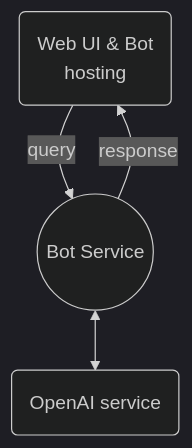
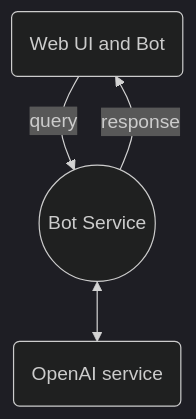
The diagram in docs/index.md (michalmar/openai-demos-bot-webapp), drawn with Mermaid (dark theme) before and after one commit. The commit also changed other lines of this file, not shown here.

````diff
--- a/docs/index.md
+++ b/docs/index.md
@@ -27,7 +29,7 @@
 ```mermaid
 graph TD;
-   webapp(Web UI & Bot\n hosting) -- query --> bot;
+   webapp(Web UI and Bot) -- query --> bot;
    bot((Bot Service)) -- response --> webapp;
    bot <-->  oai(OpenAI service);
 
 ```
````
